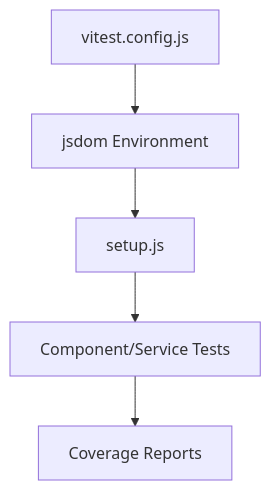
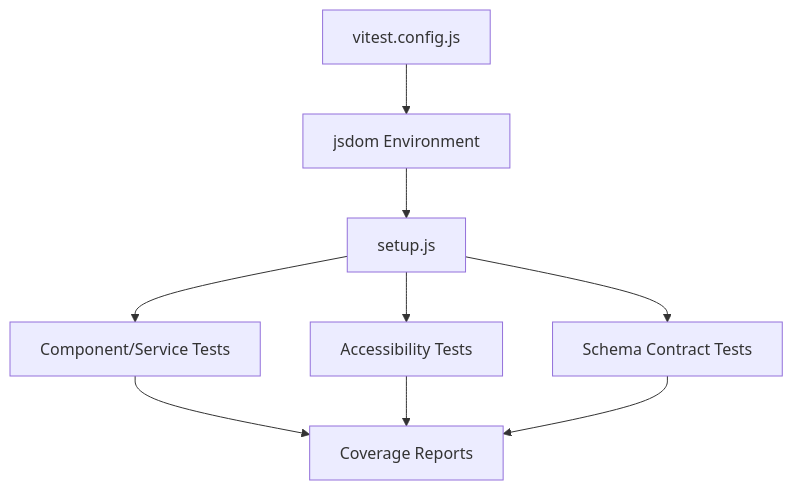
One commit to rohitkumarnaidu/-Auto-AI-Automated-Academic-Docx-Manuscript-Formatter changed the eighth of 13 diagrams in .qoder/repowiki/en/content/Testing Strategy/Testing Strategy.md. Above: the diagram before and after it, drawn with Mermaid. The commit also changed other lines of this file and 6 other files, not shown here.

````diff
--- a/.qoder/repowiki/en/content/Testing Strategy/Testing Strategy.md
+++ b/.qoder/repowiki/en/content/Testing Strategy/Testing Strategy.md
@@ -279,7 +360,11 @@
 ```mermaid
 flowchart TD
 Config["vitest.config.js"] --> Env["jsdom Environment"]
 Env --> Setup["setup.js"]
 Setup --> Tests["Component/Service Tests"]
+Setup --> A11yTests["Accessibility Tests"]
+Setup --> SchemaTests["Schema Contract Tests"]
 Tests --> Coverage["Coverage Reports"]
+A11yTests --> Coverage
+SchemaTests --> Coverage
 ```
````
